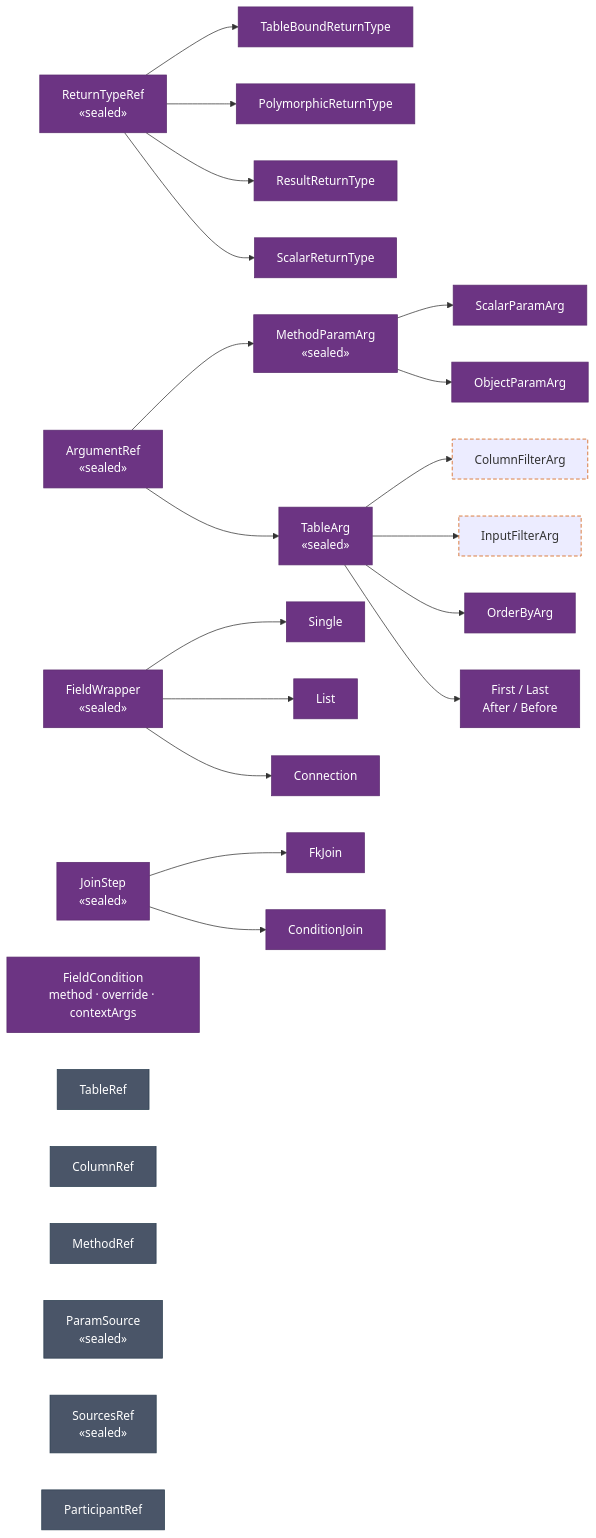
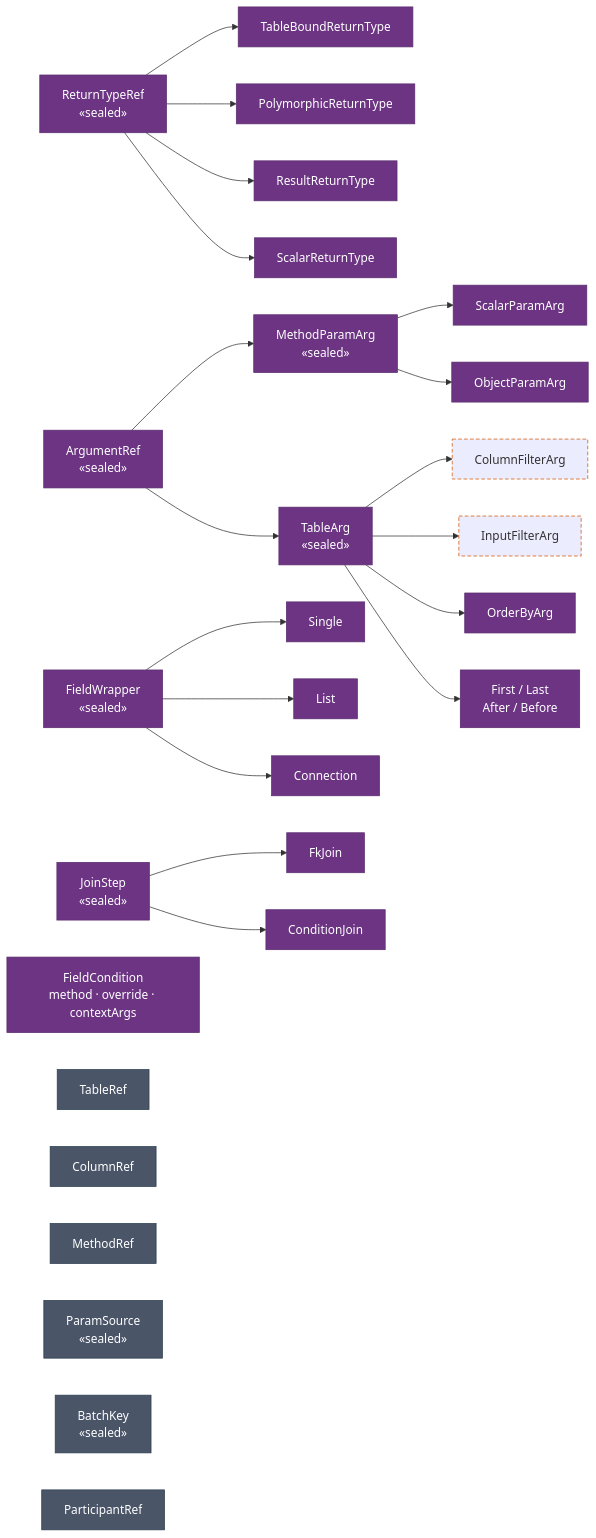
The fourth of 4 diagrams in graphitron-codegen-parent/graphitron-java-codegen/src/main/java/no/sikt/graphitron/rewrite/model/MODEL.md (sikt-no/graphitron), drawn with Mermaid before and after one commit. The commit also changed 27 other files, not shown here.

````diff
--- a/graphitron-codegen-parent/graphitron-java-codegen/src/main/java/no/sikt/graphitron/rewrite/model/MODEL.md
+++ b/graphitron-codegen-parent/graphitron-java-codegen/src/main/java/no/sikt/graphitron/rewrite/model/MODEL.md
@@ -140,40 +140,40 @@
 ```mermaid
 graph LR
     classDef sup fill:#6C3483,stroke:#5B2C6F,color:#fff
     classDef val fill:#4A5568,stroke:#2C3E50,color:#fff
     classDef gap stroke:#D35400,stroke-dasharray:5 3
 
     RTR["ReturnTypeRef\n«sealed»"]:::sup
     RTR --> TBRT["TableBoundReturnType"]:::sup
     RTR --> PolRT["PolymorphicReturnType"]:::sup
     RTR --> ResRTR["ResultReturnType"]:::sup
     RTR --> ScRTR["ScalarReturnType"]:::sup
 
     AR["ArgumentRef\n«sealed»"]:::sup
     AR --> MPA["MethodParamArg\n«sealed»"]:::sup
     MPA --> SPA["ScalarParamArg"]:::sup
     MPA --> OPA["ObjectParamArg"]:::sup
     AR --> TA["TableArg\n«sealed»"]:::sup
     TA --> CFA["ColumnFilterArg"]:::gap
     TA --> IFA["InputFilterArg"]:::gap
     TA --> OBA["OrderByArg"]:::sup
     TA --> PagA["First / Last\nAfter / Before"]:::sup
 
     FW["FieldWrapper\n«sealed»"]:::sup
     FW --> SFW["Single"]:::sup
     FW --> LFW["List"]:::sup
     FW --> CFW["Connection"]:::sup
 
     JS["JoinStep\n«sealed»"]:::sup
     JS --> FKJ["FkJoin"]:::sup
     JS --> CJ["ConditionJoin"]:::sup
 
     FC["FieldCondition\nmethod · override · contextArgs"]:::sup
 
     TR["TableRef"]:::val
     CR["ColumnRef"]:::val
     MR["MethodRef"]:::val
     PS["ParamSource\n«sealed»"]:::val
-    SR["SourcesRef\n«sealed»"]:::val
+    SR["BatchKey\n«sealed»"]:::val
     PR["ParticipantRef"]:::val
 ```
````
